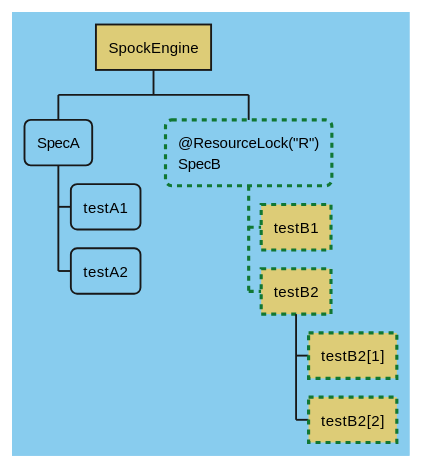
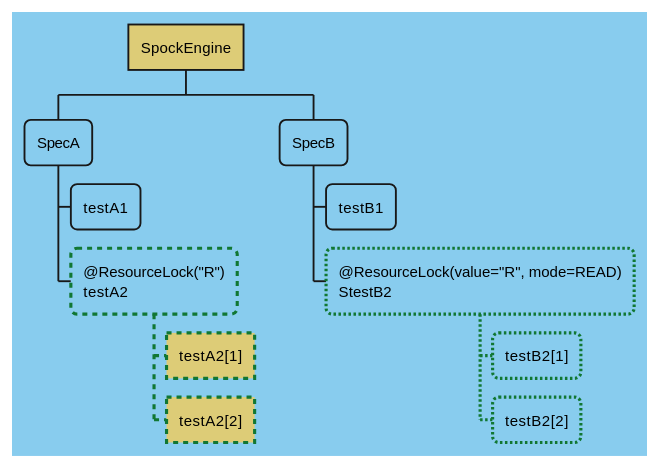
Before and after one commit to spockframework/spock: the tenth of 14 diagrams in docs/parallel_execution.adoc, drawn with PlantUML. The commit also changed other lines of this file and 8 other files, not shown here.

Commit message:
Update to JUnit 5.7.2 and remove now obsolete @ResourceLockChildren (#1326)

```diff
--- a/docs/parallel_execution.adoc
+++ b/docs/parallel_execution.adoc
@@ -461,38 +467,46 @@
-[plantuml,images/lock-inherit-spec,svg]
+[plantuml,images/lock-inherit-iterate-feature,svg]
 ....
 @startwbs
 <style>
 wbsDiagram {
   BackgroundColor #88CCEE
   RoundCorner 10
   node {
     :depth(0) {
       BackgroundColor #DDCC77
       RoundCorner 0
     }
   }
 
   .samethread * {
       BackgroundColor #DDCC77
       RoundCorner 0
   }
 
   .write_lock * {
       LineStyle 4
       LineThickness 2.5
       LineColor #117733
   }
+
+  .read_lock * {
+      LineStyle 2
+      LineThickness 2.5
+      LineColor #117733
+  }
 }
 </style>
 skinparam shadowing false
 * SpockEngine
 ** SpecA
 *** testA1
-*** testA2
-** @ResourceLock("R")\nSpecB <<write_lock>>
-*** testB1 <<samethread>>
-*** testB2 <<samethread>>
-**** testB2[1] <<samethread>>
-**** testB2[2] <<samethread>>
+*** @ResourceLock("R")\ntestA2 <<write_lock>>
+**** testA2[1] <<samethread>>
+**** testA2[2] <<samethread>>
+** SpecB
+*** testB1
+*** @ResourceLock(value="R", mode=READ)\nStestB2 <<read_lock>>
+**** testB2[1] <<read_lock>>
+**** testB2[2] <<read_lock>>
 @endwbs
 ....
```
